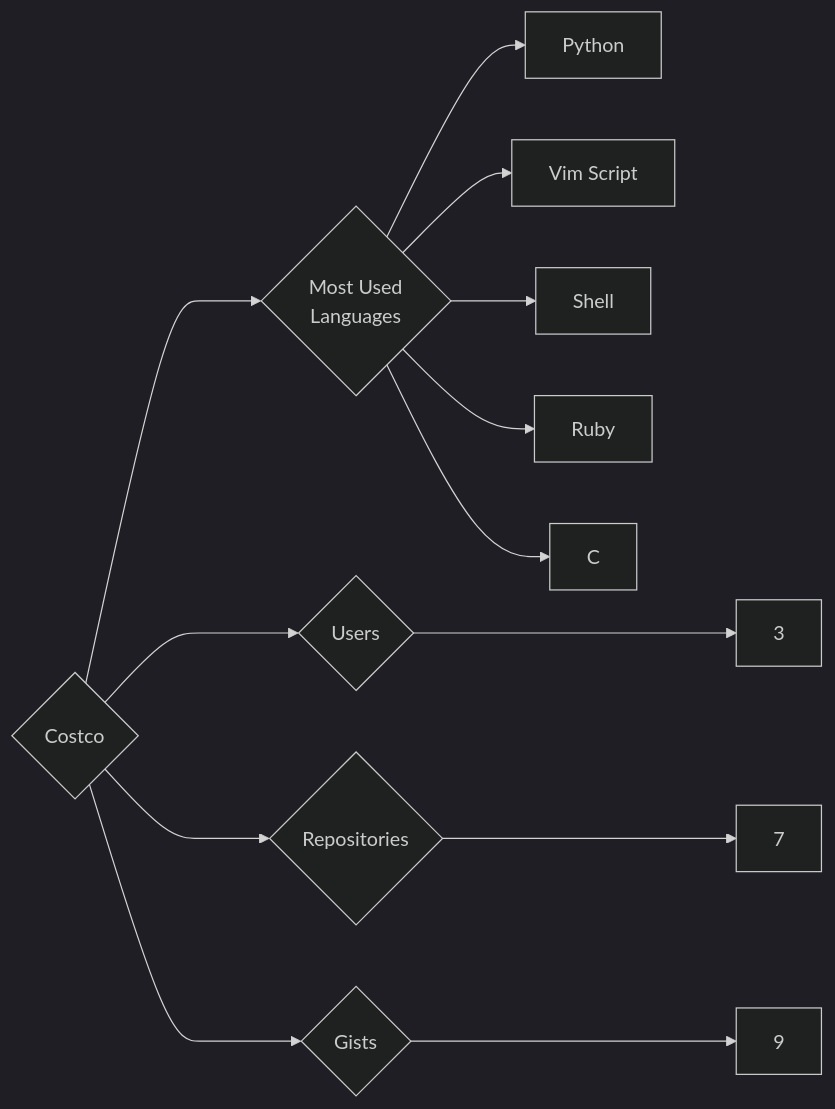
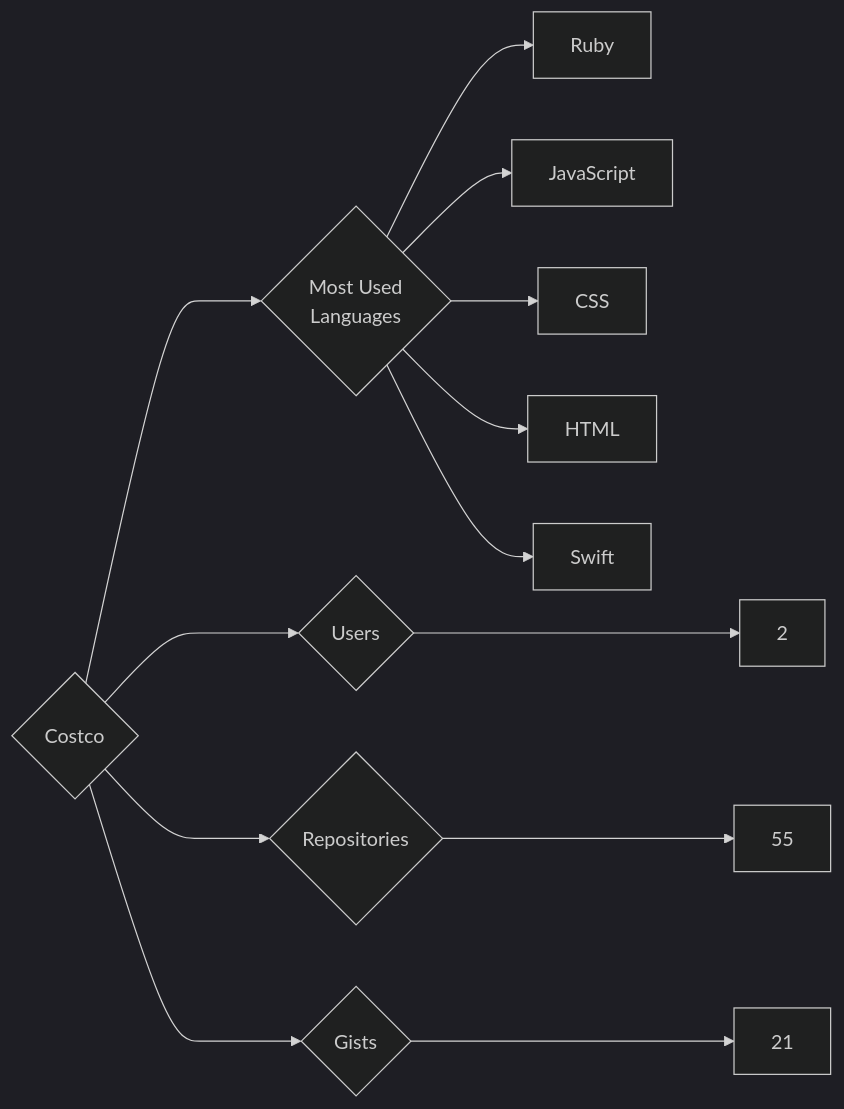
Before and after one commit to trickest/insiders: the diagram in targets/Costco/README.md, drawn with Mermaid (dark theme). The commit also changed 1314 other files, not shown here.

````diff
--- a/targets/Costco/README.md
+++ b/targets/Costco/README.md
@@ -3,13 +3,13 @@
 ```mermaid
 graph LR
 COMPANY_NAME{Costco}
-COMPANY_NAME ---> U{Users} ---> UN[3]
-COMPANY_NAME ---> R{Repositories} ---> RN[7]
-COMPANY_NAME ---> G{Gists} ---> GN[9]
+COMPANY_NAME ---> U{Users} ---> UN[2]
+COMPANY_NAME ---> R{Repositories} ---> RN[55]
+COMPANY_NAME ---> G{Gists} ---> GN[21]
 COMPANY_NAME ---> ML{Most Used<br>Languages}
-ML --> Python[Python]
-ML --> Vim_Script[Vim Script]
-ML --> Shell[Shell]
 ML --> Ruby[Ruby]
-ML --> C[C]
+ML --> JavaScript[JavaScript]
+ML --> CSS[CSS]
+ML --> HTML[HTML]
+ML --> Swift[Swift]
 ```
````
